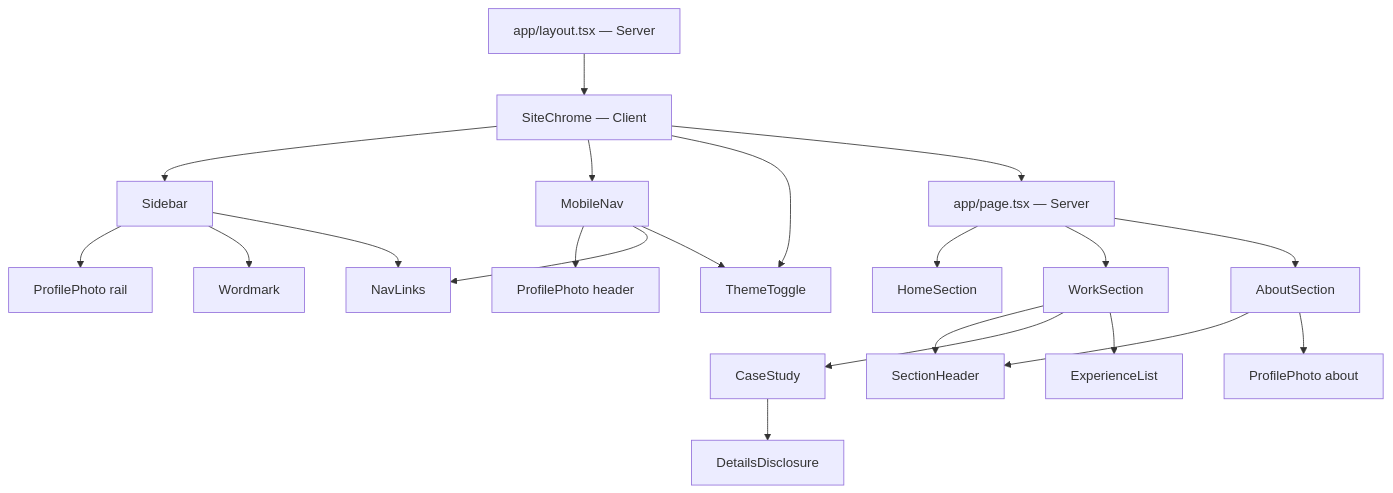
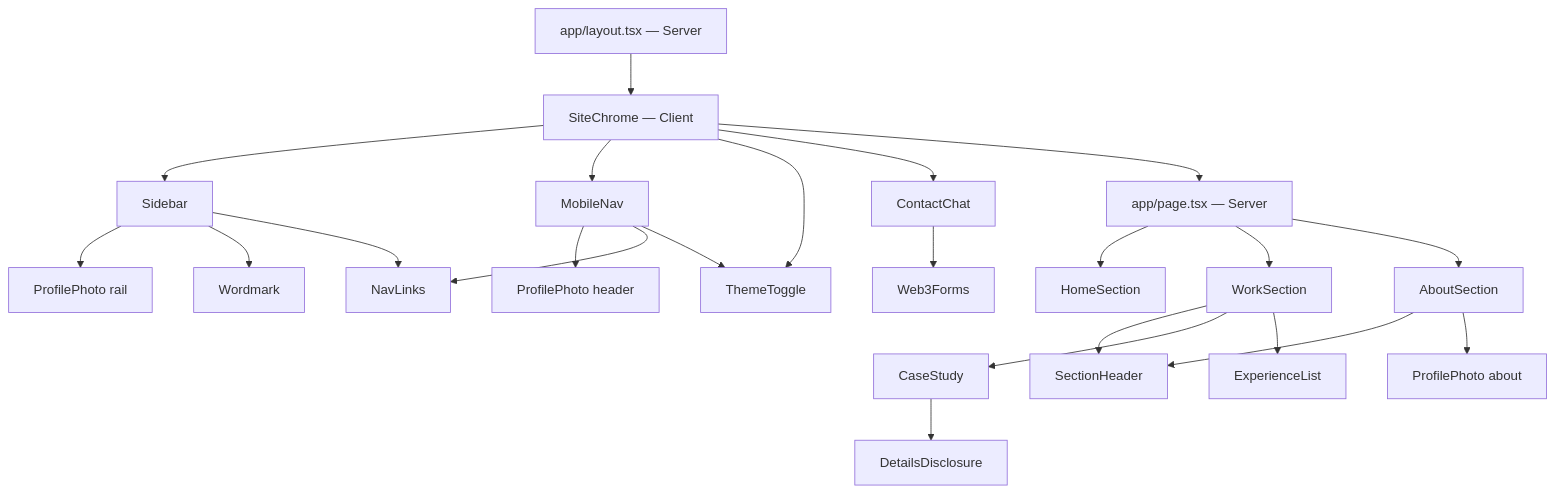
The second of 7 diagrams in Guide.md (KatsuTeishoku/PortfolioWebsite), drawn with Mermaid before and after one commit. The commit also changed other lines of this file and 30 other files, not shown here.

Commit message:
Added Web3Forms contact chat, centered Work/About layout, and LABSoft demo scaling.

````diff
--- a/Guide.md
+++ b/Guide.md
@@ -66,26 +67,28 @@
 ```mermaid
 flowchart TB
   Layout["app/layout.tsx — Server"]
   Chrome["SiteChrome — Client"]
   Page["app/page.tsx — Server"]
   Layout --> Chrome
   Chrome --> Sidebar
   Chrome --> MobileNav
   Chrome --> ThemeToggle
+  Chrome --> ContactChat
+  ContactChat --> Web3Forms
   Chrome --> Page
   Sidebar --> Photo1[ProfilePhoto rail]
   Sidebar --> Wordmark
   Sidebar --> NavLinks
   MobileNav --> Photo2[ProfilePhoto header]
   MobileNav --> NavLinks
   MobileNav --> ThemeToggle
   Page --> HomeSection
   Page --> WorkSection
   Page --> AboutSection
   WorkSection --> SectionHeader
   WorkSection --> CaseStudy
   CaseStudy --> DetailsDisclosure
   WorkSection --> ExperienceList
   AboutSection --> SectionHeader
   AboutSection --> Photo3[ProfilePhoto about]
 ```
````
